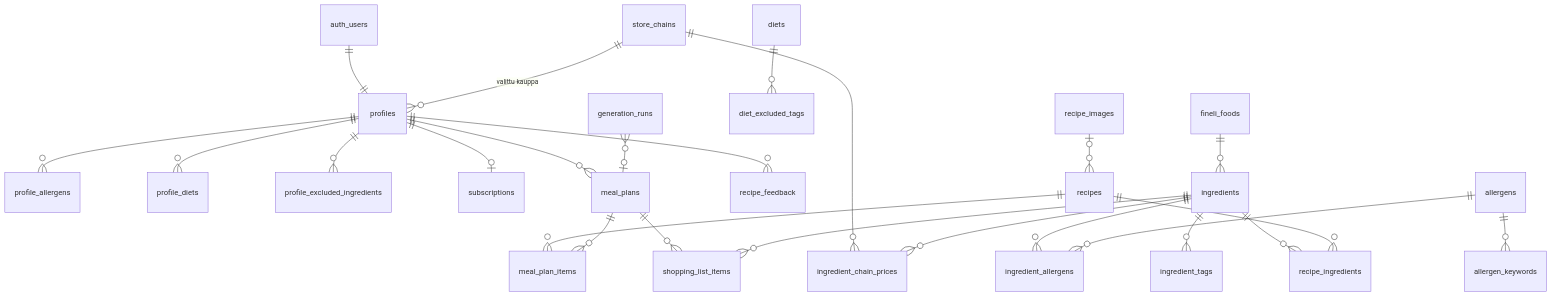
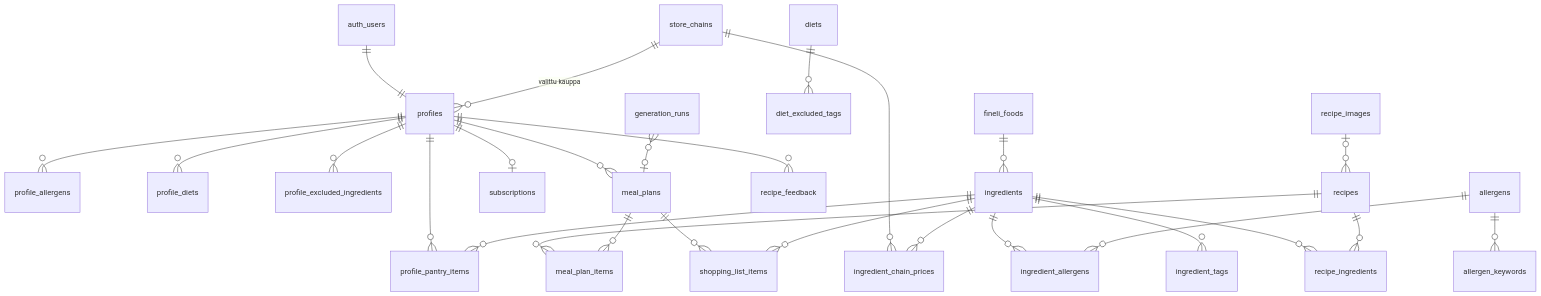
Before and after one commit to Sampanja/platewise: the diagram in docs/DATA_MODEL.md, drawn with Mermaid. The commit also changed other lines of this file and 1 other file, not shown here.

First line of the commit message:
Update plan and data model: dinner-only MVP, cook-double lunches, pantry items

````diff
--- a/docs/DATA_MODEL.md
+++ b/docs/DATA_MODEL.md
@@ -20,29 +20,31 @@
 ```mermaid
 erDiagram
     auth_users ||--|| profiles : ""
     profiles ||--o{ profile_allergens : ""
     profiles ||--o{ profile_diets : ""
     profiles ||--o{ profile_excluded_ingredients : ""
+    profiles ||--o{ profile_pantry_items : ""
+    ingredients ||--o{ profile_pantry_items : ""
     profiles ||--o| subscriptions : ""
     profiles ||--o{ meal_plans : ""
     profiles ||--o{ recipe_feedback : ""
     store_chains ||--o{ profiles : "valittu kauppa"
     store_chains ||--o{ ingredient_chain_prices : ""
 
     fineli_foods ||--o{ ingredients : ""
     ingredients ||--o{ ingredient_allergens : ""
     ingredients ||--o{ ingredient_tags : ""
     ingredients ||--o{ ingredient_chain_prices : ""
     ingredients ||--o{ recipe_ingredients : ""
     allergens ||--o{ ingredient_allergens : ""
     allergens ||--o{ allergen_keywords : ""
     diets ||--o{ diet_excluded_tags : ""
 
     recipes ||--o{ recipe_ingredients : ""
     recipe_images |o--o{ recipes : ""
     recipes ||--o{ meal_plan_items : ""
     meal_plans ||--o{ meal_plan_items : ""
     meal_plans ||--o{ shopping_list_items : ""
     ingredients ||--o{ shopping_list_items : ""
     generation_runs }o--o| meal_plans : ""
 ```
````
